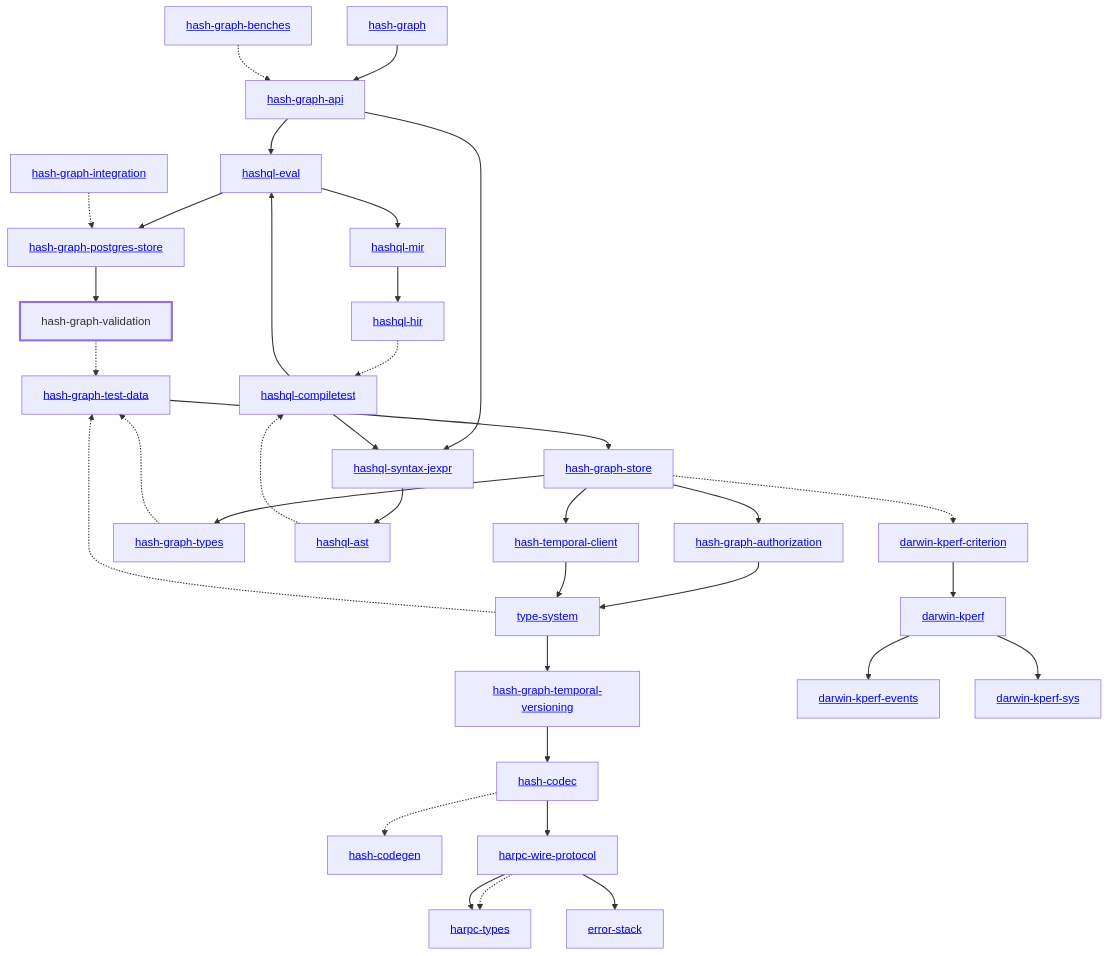
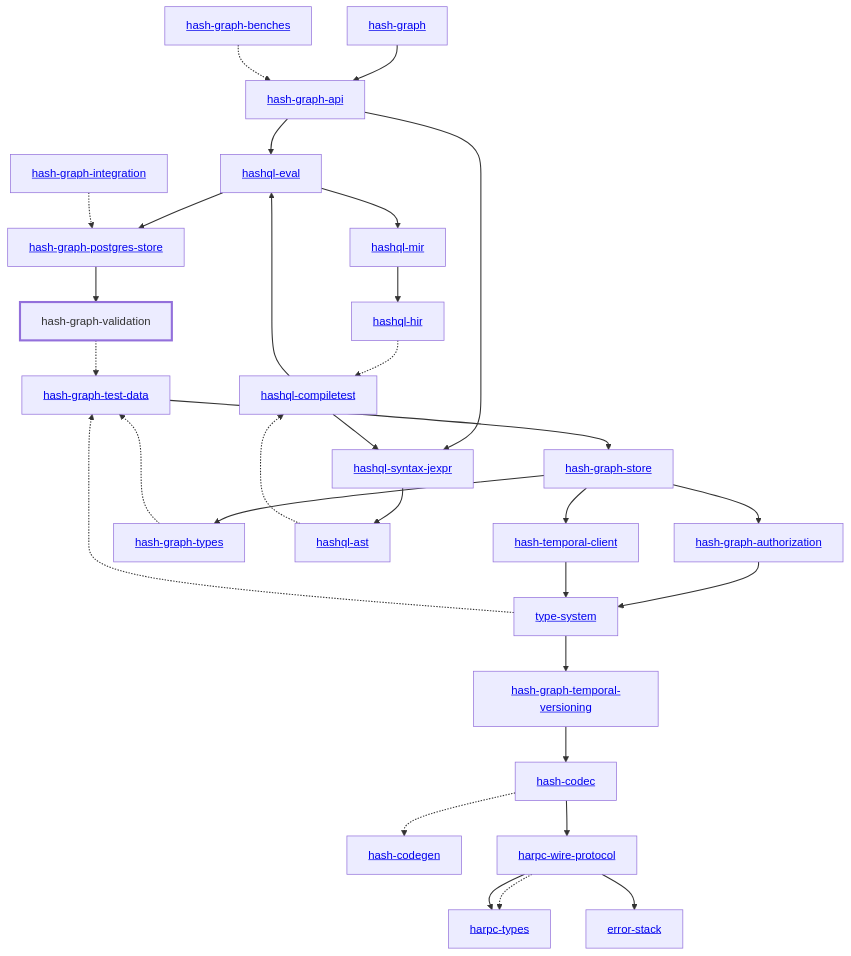
One commit to hashintel/hash changed the diagram in libs/@local/graph/validation/docs/dependency-diagram.mmd. Above: the diagram before and after it, drawn with Mermaid. The commit also changed 26 other files, not shown here.

```diff
--- a/libs/@local/graph/validation/docs/dependency-diagram.mmd
+++ b/libs/@local/graph/validation/docs/dependency-diagram.mmd
@@ -1,73 +1,65 @@
 graph TD
     linkStyle default stroke-width:1.5px
     classDef default stroke-width:1px
     classDef root stroke-width:3px
     classDef dev stroke-width:1px
     classDef build stroke-width:1px
     %% Legend
     %% --> : Normal dependency
     %% -.-> : Dev dependency
     %% ---> : Build dependency
     0[<a href="../hash_graph/index.html">hash-graph</a>]
     1[<a href="../type_system/index.html">type-system</a>]
     2[<a href="../hash_codec/index.html">hash-codec</a>]
     3[<a href="../hash_codegen/index.html">hash-codegen</a>]
     4[<a href="../hash_graph_api/index.html">hash-graph-api</a>]
     5[<a href="../hash_graph_authorization/index.html">hash-graph-authorization</a>]
     6[<a href="../hash_graph_postgres_store/index.html">hash-graph-postgres-store</a>]
     7[<a href="../hash_graph_store/index.html">hash-graph-store</a>]
     8[<a href="../hash_graph_temporal_versioning/index.html">hash-graph-temporal-versioning</a>]
     9[<a href="../hash_graph_types/index.html">hash-graph-types</a>]
     10[hash-graph-validation]
     class 10 root
     11[<a href="../harpc_types/index.html">harpc-types</a>]
     12[<a href="../harpc_wire_protocol/index.html">harpc-wire-protocol</a>]
     13[<a href="../hashql_ast/index.html">hashql-ast</a>]
     14[<a href="../hashql_compiletest/index.html">hashql-compiletest</a>]
     15[<a href="../hashql_eval/index.html">hashql-eval</a>]
     16[<a href="../hashql_hir/index.html">hashql-hir</a>]
     17[<a href="../hashql_mir/index.html">hashql-mir</a>]
     18[<a href="../hashql_syntax_jexpr/index.html">hashql-syntax-jexpr</a>]
     19[<a href="../hash_temporal_client/index.html">hash-temporal-client</a>]
-    20[<a href="../darwin_kperf/index.html">darwin-kperf</a>]
-    21[<a href="../darwin_kperf_criterion/index.html">darwin-kperf-criterion</a>]
-    22[<a href="../darwin_kperf_events/index.html">darwin-kperf-events</a>]
-    23[<a href="../darwin_kperf_sys/index.html">darwin-kperf-sys</a>]
-    24[<a href="../error_stack/index.html">error-stack</a>]
-    25[<a href="../hash_graph_benches/index.html">hash-graph-benches</a>]
-    26[<a href="../hash_graph_integration/index.html">hash-graph-integration</a>]
-    27[<a href="../hash_graph_test_data/index.html">hash-graph-test-data</a>]
+    20[<a href="../error_stack/index.html">error-stack</a>]
+    21[<a href="../hash_graph_benches/index.html">hash-graph-benches</a>]
+    22[<a href="../hash_graph_integration/index.html">hash-graph-integration</a>]
+    23[<a href="../hash_graph_test_data/index.html">hash-graph-test-data</a>]
     0 --> 4
     1 --> 8
-    1 -.-> 27
+    1 -.-> 23
     2 -.-> 3
     2 --> 12
     4 --> 15
     4 --> 18
     5 --> 1
     6 --> 10
     7 --> 5
     7 --> 9
     7 --> 19
-    7 -.-> 21
     8 --> 2
-    9 -.-> 27
-    10 -.-> 27
+    9 -.-> 23
+    10 -.-> 23
     12 -.-> 11
     12 --> 11
-    12 --> 24
+    12 --> 20
     13 -.-> 14
     14 --> 15
     14 --> 18
     15 --> 6
     15 --> 17
     16 -.-> 14
     17 --> 16
     18 --> 13
     19 --> 1
-    20 --> 22
-    20 --> 23
-    21 --> 20
-    25 -.-> 4
-    26 -.-> 6
-    27 --> 7
+    21 -.-> 4
+    22 -.-> 6
+    23 --> 7
```
